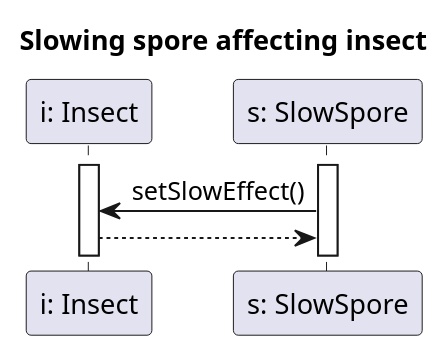
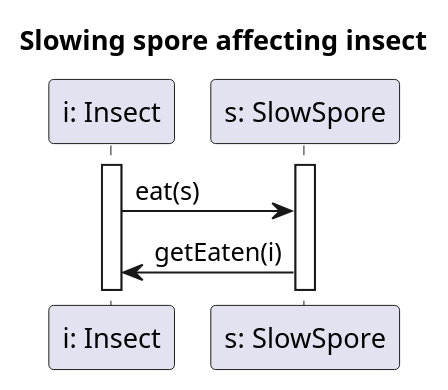
The diagram in diagrams/diagramFiles/SQ_SporeAffectsInsectWithSlow.puml (Harcipan/Projlab_nullpointerexception), drawn with PlantUML before and after one commit. The commit also changed 23 other files, not shown here.

```diff
--- a/diagrams/diagramFiles/SQ_SporeAffectsInsectWithSlow.puml
+++ b/diagrams/diagramFiles/SQ_SporeAffectsInsectWithSlow.puml
@@ -1,14 +1,14 @@
 @startuml InsectSpeedUp
 
 title Slowing spore affecting insect
 
 participant "i: Insect" as I
 participant "s: SlowSpore" as Sp
 
 activate I
 activate Sp
 
-Sp -> I : setSlowEffect()
-I --> Sp
+I -> Sp : eat(s)
+Sp -> I : getEaten(i)
 
 @enduml
```
